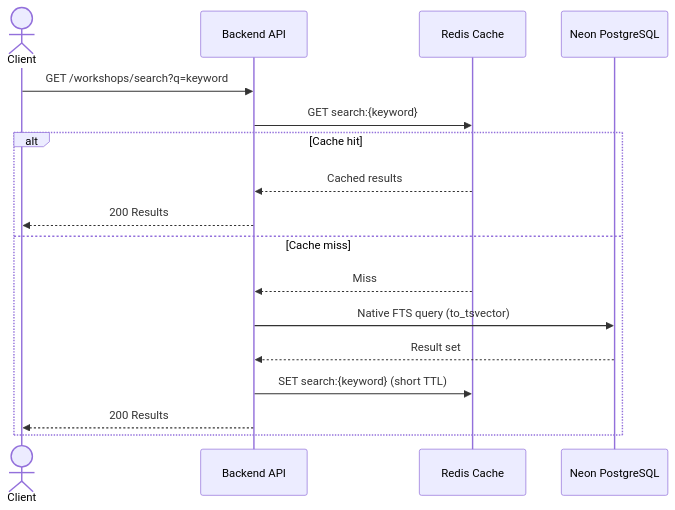
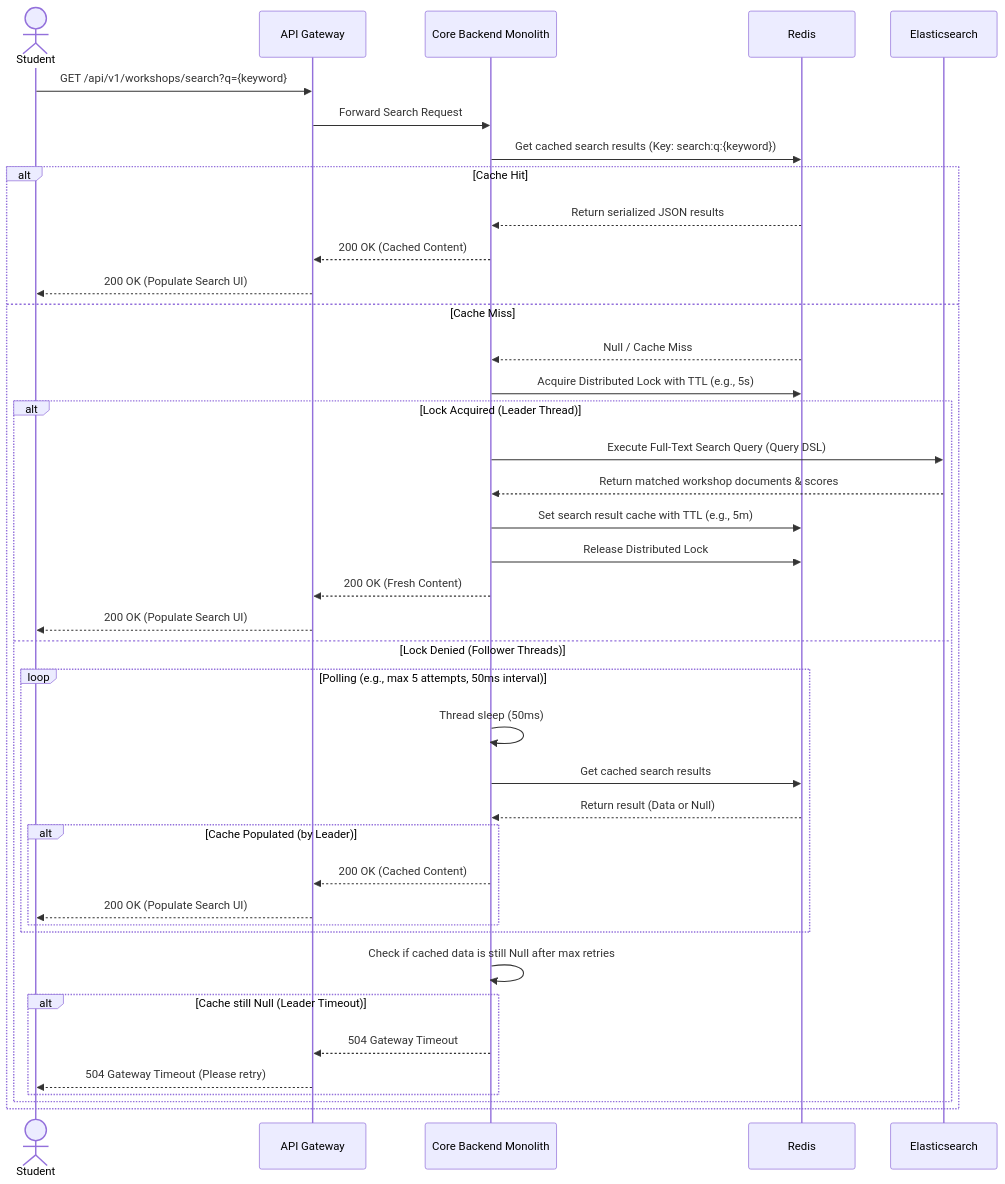
The third of 10 diagrams in blueprint/design.md (phatnguyen975/unihub-workshop), drawn with Mermaid before and after one commit. The commit also changed other lines of this file, not shown here.

Commit message:
docs: update workshop search diagram

````diff
--- a/blueprint/design.md
+++ b/blueprint/design.md
@@ -439,20 +439,43 @@
 ```mermaid
 sequenceDiagram
-  actor Client
-  participant API as Backend API
-  participant Cache as Redis Cache
-  participant Replica as Neon PostgreSQL
+  actor Client as Student
+  participant GW as API Gateway
+  participant API as Core Backend Monolith
+  participant Cache as Redis
+  participant ES as Elasticsearch
 
-  Client->>API: GET /workshops/search?q=keyword
-  API->>Cache: GET search:{keyword}
-  alt Cache hit
-    Cache-->>API: Cached results
-    API-->>Client: 200 Results
-  else Cache miss
-    Cache-->>API: Miss
-    API->>Replica: Native FTS query (to_tsvector)
-    Replica-->>API: Result set
-    API->>Cache: SET search:{keyword} (short TTL)
-    API-->>Client: 200 Results
+  Client->>GW: GET /api/v1/workshops/search?q={keyword}
+  GW->>API: Forward Search Request
+  API->>Cache: Get cached search results (Key: search:q:{keyword})
+  alt Cache Hit
+    Cache-->>API: Return serialized JSON results
+    API-->>GW: 200 OK (Cached Content)
+    GW-->>Client: 200 OK (Populate Search UI)
+  else Cache Miss
+    Cache-->>API: Null / Cache Miss
+    API->>Cache: Acquire Distributed Lock with TTL (e.g., 5s)
+    alt Lock Acquired (Leader Thread)
+      API->>ES: Execute Full-Text Search Query (Query DSL)
+      ES-->>API: Return matched workshop documents & scores
+      API->>Cache: Set search result cache with TTL (e.g., 5m)
+      API->>Cache: Release Distributed Lock
+      API-->>GW: 200 OK (Fresh Content)
+      GW-->>Client: 200 OK (Populate Search UI)
+    else Lock Denied (Follower Threads)
+      loop Polling (e.g., max 5 attempts, 50ms interval)
+        API->>API: Thread sleep (50ms)
+        API->>Cache: Get cached search results
+        Cache-->>API: Return result (Data or Null)
+        alt Cache Populated (by Leader)
+          API-->>GW: 200 OK (Cached Content)
+          GW-->>Client: 200 OK (Populate Search UI)
+        end
+      end
+      API->>API: Check if cached data is still Null after max retries
+      alt Cache still Null (Leader Timeout)
+        API-->>GW: 504 Gateway Timeout
+        GW-->>Client: 504 Gateway Timeout (Please retry)
+      end
+    end
   end
 ```
````
